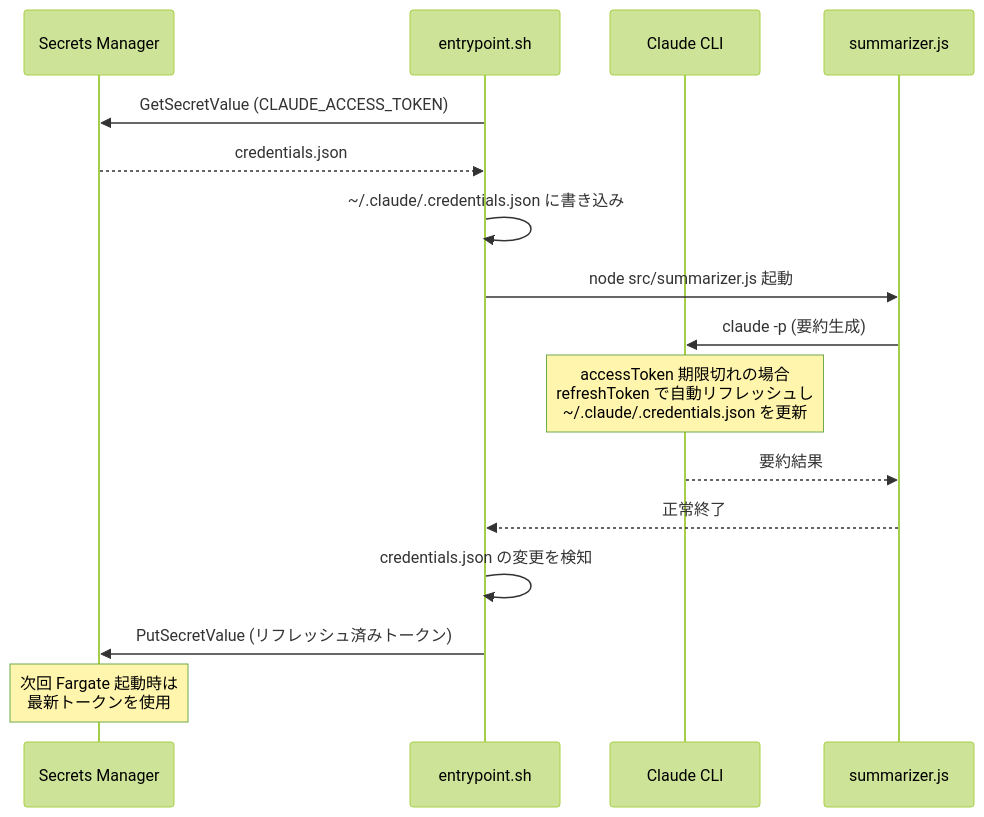
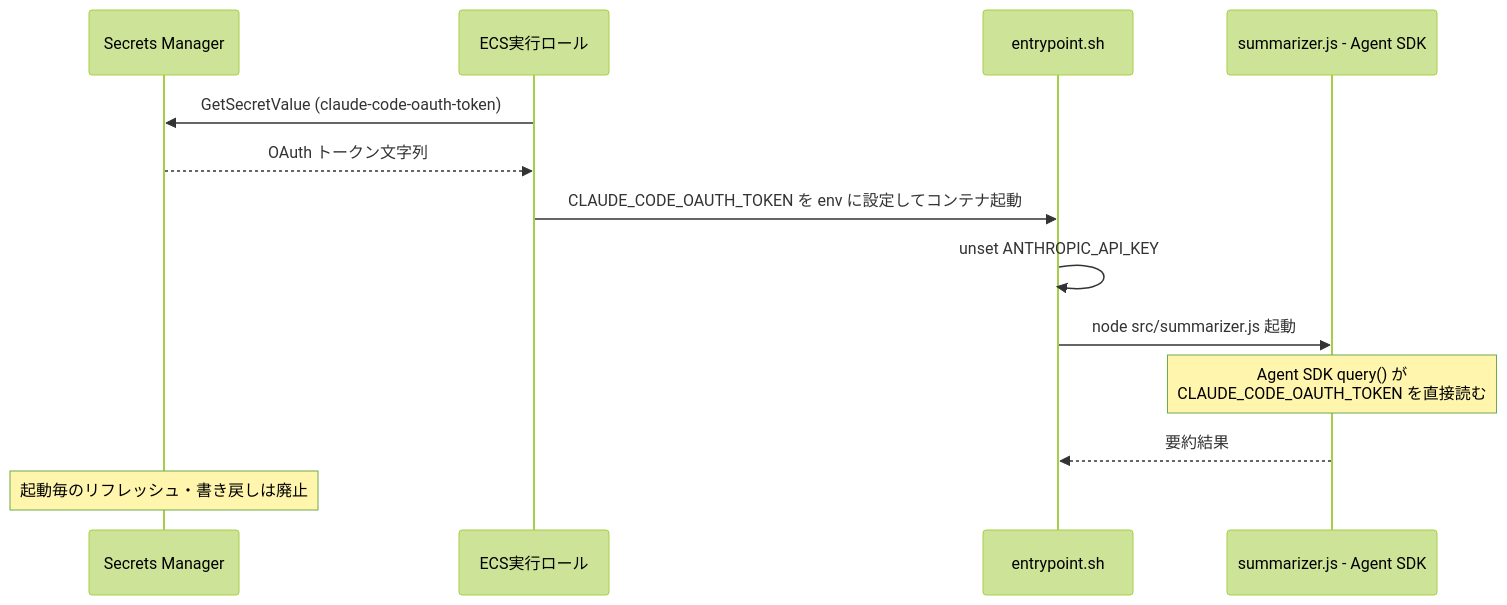
Before and after one commit to Shintaro-Abe/ai-papers-digest: the third of 5 diagrams in docs/architecture.md, drawn with Mermaid (forest theme). The commit also changed other lines of this file and 23 other files, not shown here.

````diff
--- a/docs/architecture.md
+++ b/docs/architecture.md
@@ -389,19 +381,16 @@
 ```mermaid
 sequenceDiagram
     participant SM as Secrets Manager
+    participant EX as ECS実行ロール
     participant EP as entrypoint.sh
-    participant CLI as Claude CLI
-    participant APP as summarizer.js
+    participant APP as summarizer.js - Agent SDK
 
-    EP->>SM: GetSecretValue (CLAUDE_ACCESS_TOKEN)
-    SM-->>EP: credentials.json
-    EP->>EP: ~/.claude/.credentials.json に書き込み
+    EX->>SM: GetSecretValue (claude-code-oauth-token)
+    SM-->>EX: OAuth トークン文字列
+    EX->>EP: CLAUDE_CODE_OAUTH_TOKEN を env に設定してコンテナ起動
+    EP->>EP: unset ANTHROPIC_API_KEY
     EP->>APP: node src/summarizer.js 起動
-    APP->>CLI: claude -p (要約生成)
-    Note over CLI: accessToken 期限切れの場合<br/>refreshToken で自動リフレッシュし<br/>~/.claude/.credentials.json を更新
-    CLI-->>APP: 要約結果
-    APP-->>EP: 正常終了
-    EP->>EP: credentials.json の変更を検知
-    EP->>SM: PutSecretValue (リフレッシュ済みトークン)
-    Note over SM: 次回 Fargate 起動時は<br/>最新トークンを使用
+    Note over APP: Agent SDK query() が<br/>CLAUDE_CODE_OAUTH_TOKEN を直接読む
+    APP-->>EP: 要約結果
+    Note over SM: 起動毎のリフレッシュ・書き戻しは廃止
 ```
````
